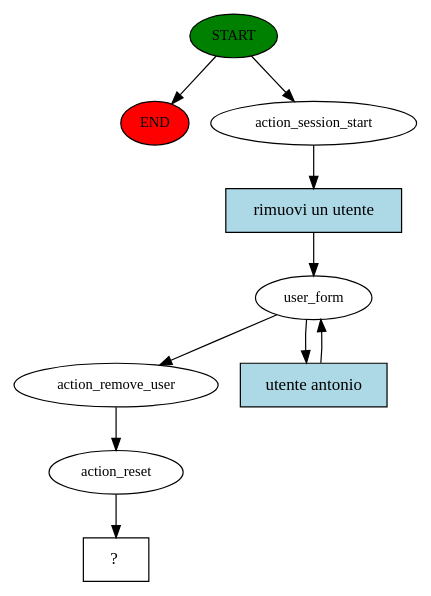
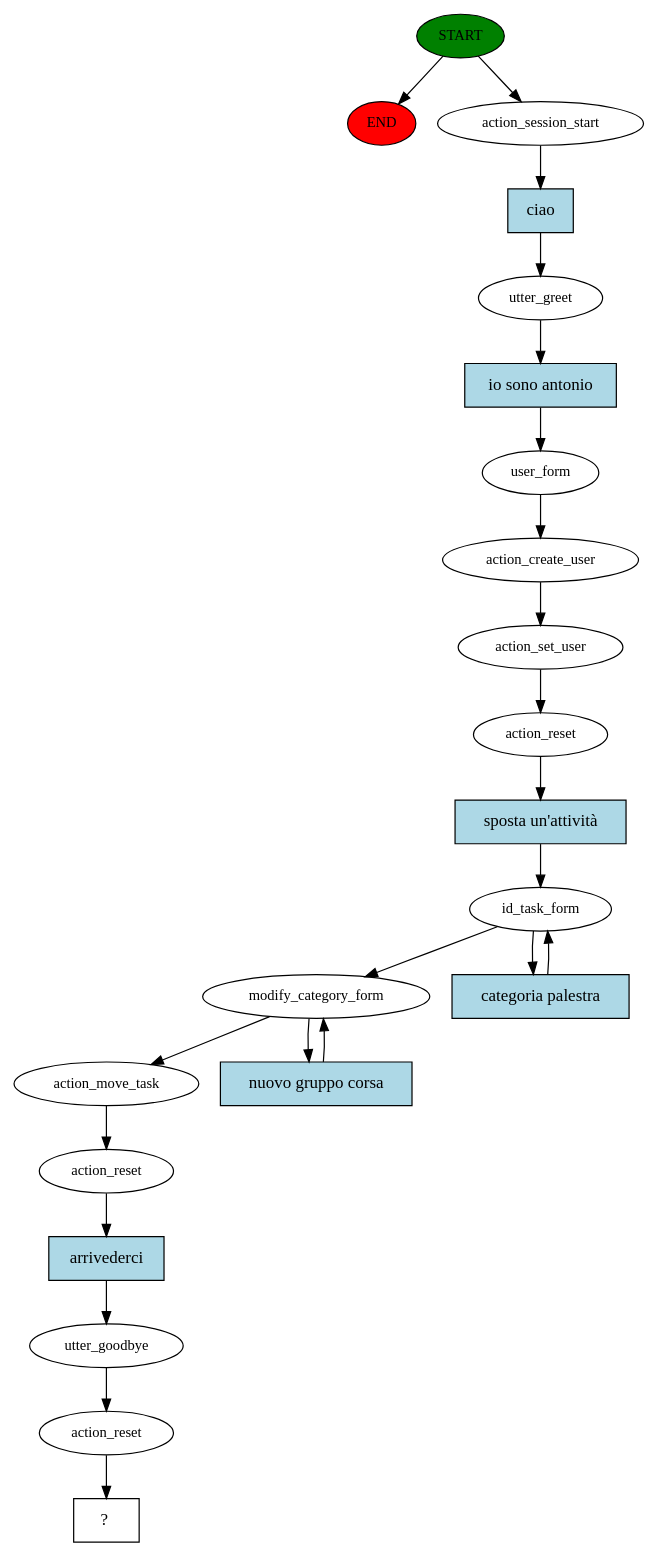
The diagram in chatbot/story_graph.dot (ManDrake-hub/ROS_todoList_chatbot), drawn with Graphviz before and after one commit. The commit also changed 32 other files, not shown here.

```diff
--- a/chatbot/story_graph.dot
+++ b/chatbot/story_graph.dot
@@ -1,20 +1,45 @@
 digraph  {
 0 [class="start active", fillcolor=green, fontsize=12, label=START, style=filled];
 "-1" [class=end, fillcolor=red, fontsize=12, label=END, style=filled];
 1 [class=active, fontsize=12, label=action_session_start];
-2 [class=active, fontsize=12, label=user_form];
-4 [class=active, fontsize=12, label=action_remove_user];
-5 [class=active, fontsize=12, label=action_reset];
-6 [class="intent dashed active", label="  ?  ", shape=rect];
-7 [class="intent active", fillcolor=lightblue, label="rimuovi un utente", shape=rect, style=filled];
-8 [class="intent active", fillcolor=lightblue, label="utente antonio", shape=rect, style=filled];
+2 [class=active, fontsize=12, label=utter_greet];
+3 [class=active, fontsize=12, label=user_form];
+4 [class=active, fontsize=12, label=action_create_user];
+5 [class=active, fontsize=12, label=action_set_user];
+6 [class=active, fontsize=12, label=action_reset];
+7 [class=active, fontsize=12, label=id_task_form];
+10 [class=active, fontsize=12, label=modify_category_form];
+12 [class=active, fontsize=12, label=action_move_task];
+13 [class=active, fontsize=12, label=action_reset];
+14 [class=active, fontsize=12, label=utter_goodbye];
+15 [class=active, fontsize=12, label=action_reset];
+16 [class="intent dashed active", label="  ?  ", shape=rect];
+17 [class="intent active", fillcolor=lightblue, label=ciao, shape=rect, style=filled];
+18 [class="intent active", fillcolor=lightblue, label="io sono antonio", shape=rect, style=filled];
+19 [class="intent active", fillcolor=lightblue, label="sposta un'attività", shape=rect, style=filled];
+20 [class="intent active", fillcolor=lightblue, label="categoria palestra", shape=rect, style=filled];
+21 [class="intent active", fillcolor=lightblue, label="nuovo gruppo corsa", shape=rect, style=filled];
+22 [class="intent active", fillcolor=lightblue, label=arrivederci, shape=rect, style=filled];
 0 -> "-1"  [class="", key=NONE, label=""];
 0 -> 1  [class=active, key=NONE, label=""];
-1 -> 7  [class=active, key=0];
-2 -> 4  [class=active, key=NONE, label=""];
-2 -> 8  [class=active, key=0];
+1 -> 17  [class=active, key=0];
+2 -> 18  [class=active, key=0];
+3 -> 4  [class=active, key=NONE, label=""];
 4 -> 5  [class=active, key=NONE, label=""];
 5 -> 6  [class=active, key=NONE, label=""];
-7 -> 2  [class=active, key=0];
-8 -> 2  [class=active, key=0];
+6 -> 19  [class=active, key=0];
+7 -> 10  [class=active, key=NONE, label=""];
+7 -> 20  [class=active, key=0];
+10 -> 12  [class=active, key=NONE, label=""];
+10 -> 21  [class=active, key=0];
+12 -> 13  [class=active, key=NONE, label=""];
+13 -> 22  [class=active, key=0];
+14 -> 15  [class=active, key=NONE, label=""];
+15 -> 16  [class=active, key=NONE, label=""];
+17 -> 2  [class=active, key=0];
+18 -> 3  [class=active, key=0];
+19 -> 7  [class=active, key=0];
+20 -> 7  [class=active, key=0];
+21 -> 10  [class=active, key=0];
+22 -> 14  [class=active, key=0];
 }
```
